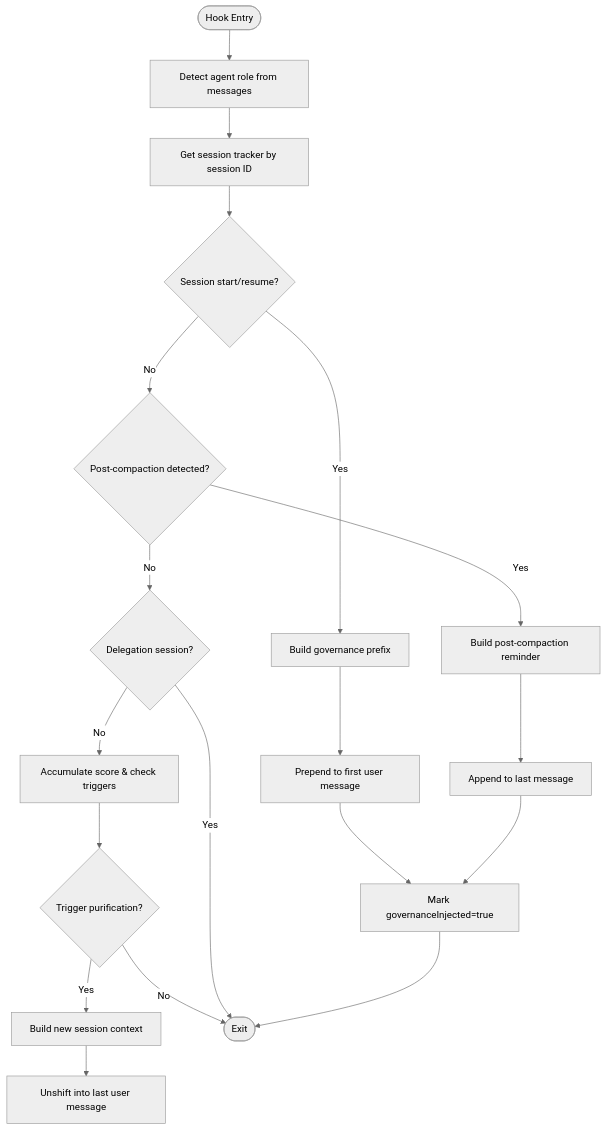
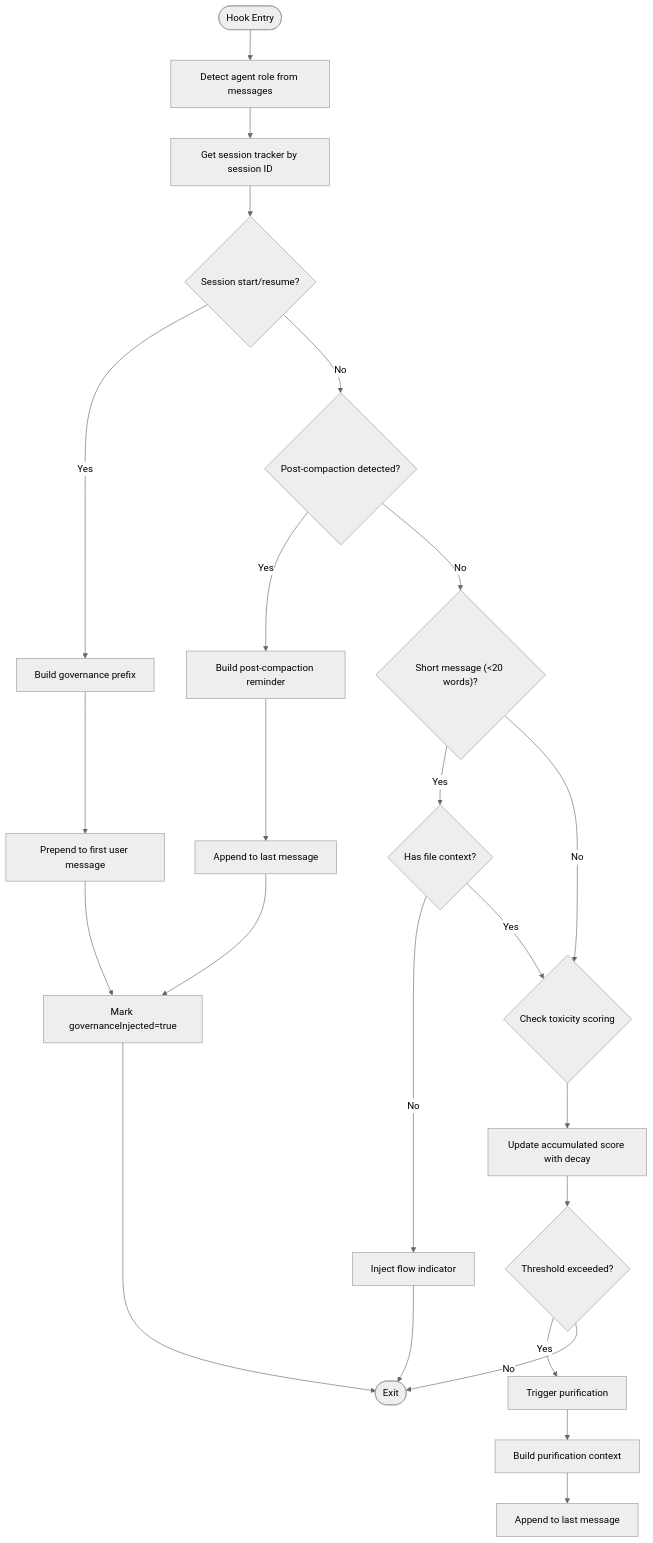
The third of 11 diagrams in .qoder/repowiki/en/content/API Reference/Plugin API/Message Transform Hooks.md (shynlee04/idumb-plugin), drawn with Mermaid (neutral theme) before and after one commit. The commit also changed other lines of this file and 19 other files, not shown here.

````diff
--- a/.qoder/repowiki/en/content/API Reference/Plugin API/Message Transform Hooks.md
+++ b/.qoder/repowiki/en/content/API Reference/Plugin API/Message Transform Hooks.md
@@ -150,21 +180,26 @@
 ```mermaid
 flowchart TD
 Start(["Hook Entry"]) --> DetectRole["Detect agent role from messages"]
 DetectRole --> GetTracker["Get session tracker by session ID"]
 GetTracker --> IsStart{"Session start/resume?"}
 IsStart --> |Yes| BuildPrefix["Build governance prefix"]
 BuildPrefix --> InjectPrefix["Prepend to first user message"]
 InjectPrefix --> FlagInjected["Mark governanceInjected=true"]
 IsStart --> |No| CheckCompaction{"Post-compaction detected?"}
 CheckCompaction --> |Yes| BuildReminder["Build post-compaction reminder"]
 BuildReminder --> InjectReminder["Append to last message"]
 InjectReminder --> FlagInjected
-CheckCompaction --> |No| MaybePurify{"Delegation session?"}
-MaybePurify --> |No| AccumulateScore["Accumulate score & check triggers"]
-AccumulateScore --> Purify{"Trigger purification?"}
-Purify --> |Yes| BuildContext["Build new session context"]
-BuildContext --> InjectContext["Unshift into last user message"]
-Purify --> |No| End(["Exit"])
-MaybePurify --> |Yes| End
+CheckCompaction --> |No| CheckShortMsg{"Short message (<20 words)?"}
+CheckShortMsg --> |Yes| HasFileCtx{"Has file context?"}
+HasFileCtx --> |No| InjectFlow["Inject flow indicator"]
+HasFileCtx --> |Yes| CheckToxicity{"Check toxicity scoring"}
+CheckShortMsg --> |No| CheckToxicity
+CheckToxicity --> UpdateScore["Update accumulated score with decay"]
+UpdateScore --> CheckThreshold{"Threshold exceeded?"}
+CheckThreshold --> |Yes| TriggerPurify["Trigger purification"]
+CheckThreshold --> |No| End(["Exit"])
+TriggerPurify --> BuildContext["Build purification context"]
+BuildContext --> InjectContext["Append to last message"]
+InjectFlow --> End
 FlagInjected --> End
 ```
````
